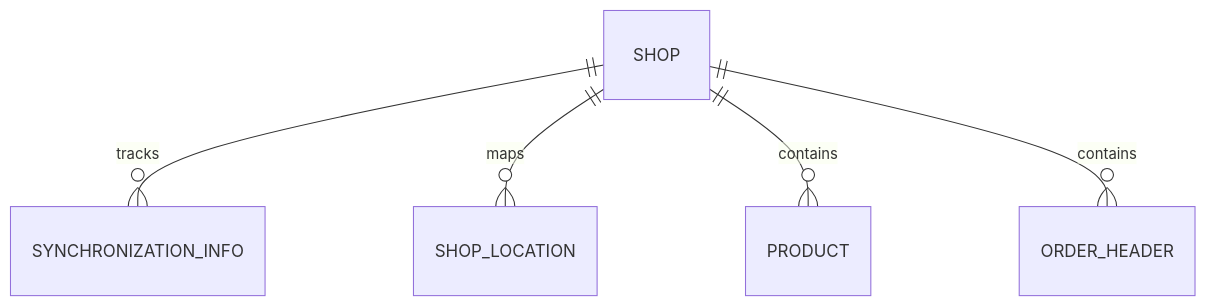
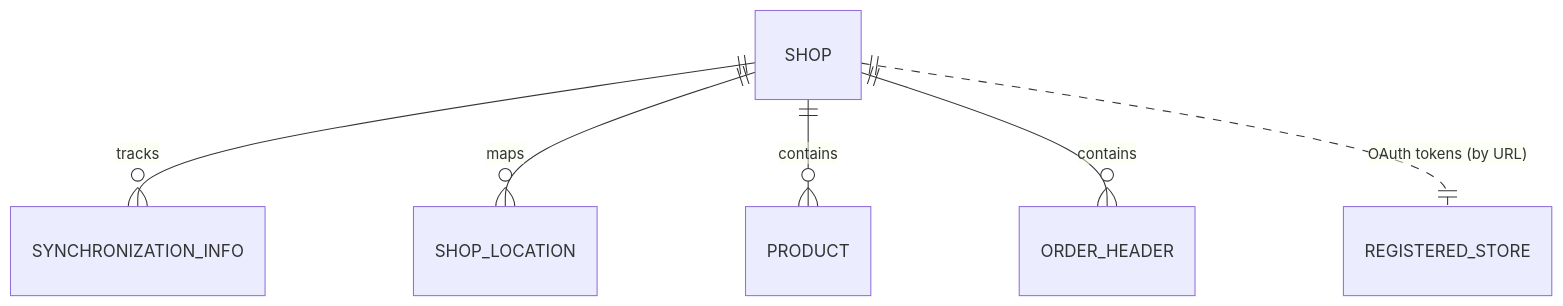
One commit to StefanMaron/MSDyn365BC.Sandbox.Code.History changed the first of 9 diagrams in Shopify Connector/docs/data-model.md. Above: the diagram before and after it, drawn with Mermaid. The commit also changed other lines of this file and 422 other files, not shown here.

````diff
--- a/Shopify Connector/docs/data-model.md
+++ b/Shopify Connector/docs/data-model.md
@@ -17,7 +21,8 @@
 ```mermaid
 erDiagram
     SHOP ||--o{ SYNCHRONIZATION_INFO : tracks
     SHOP ||--o{ SHOP_LOCATION : maps
     SHOP ||--o{ PRODUCT : contains
     SHOP ||--o{ ORDER_HEADER : contains
+    SHOP ||..|| REGISTERED_STORE : "OAuth tokens (by URL)"
 ```
````
